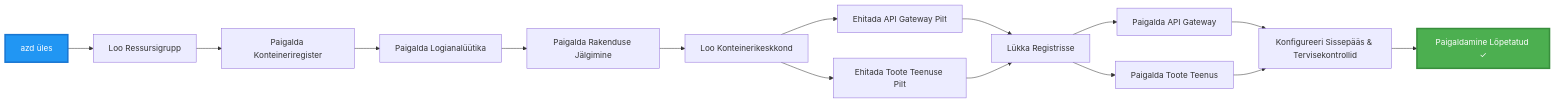
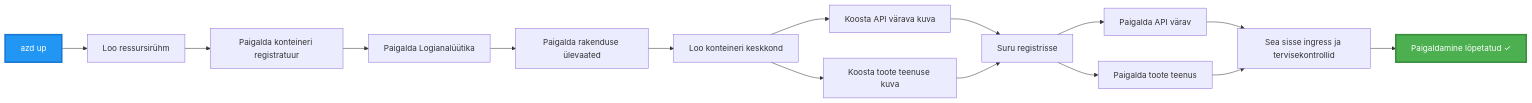
The third of 4 diagrams in translations/et/examples/microservices/README.md (microsoft/AZD-for-beginners), drawn with Mermaid before and after one commit. The commit also changed other lines of this file and 245 other files, not shown here.

````diff
--- a/translations/et/examples/microservices/README.md
+++ b/translations/et/examples/microservices/README.md
@@ -242,20 +233,20 @@
 ```mermaid
 graph LR
-    A[azd üles] --> B[Loo Ressursigrupp]
-    B --> C[Paigalda Konteineriregister]
+    A[azd up] --> B[Loo ressursirühm]
+    B --> C[Paigalda konteineri registratuur]
     C --> D[Paigalda Logianalüütika]
-    D --> E[Paigalda Rakenduse Jälgimine]
-    E --> F[Loo Konteinerikeskkond]
-    F --> G[Ehitada API Gateway Pilt]
-    F --> H[Ehitada Toote Teenuse Pilt]
-    G --> I[Lükka Registrisse]
+    D --> E[Paigalda rakenduse ülevaated]
+    E --> F[Loo konteineri keskkond]
+    F --> G[Koosta API värava kuva]
+    F --> H[Koosta toote teenuse kuva]
+    G --> I[Suru registrisse]
     H --> I
-    I --> J[Paigalda API Gateway]
-    I --> K[Paigalda Toote Teenus]
-    J --> L[Konfigureeri Sissepääs & Tervisekontrollid]
+    I --> J[Paigalda API värav]
+    I --> K[Paigalda toote teenus]
+    J --> L[Sea sisse ingress ja tervisekontrollid]
     K --> L
-    L --> M[Paigaldamine Lõpetatud ✓]
+    L --> M[Paigaldamine lõpetatud ✓]
     
     style A fill:#2196F3,stroke:#1976D2,stroke-width:3px,color:#fff
     style M fill:#4CAF50,stroke:#388E3C,stroke-width:3px,color:#fff
 ```
````
